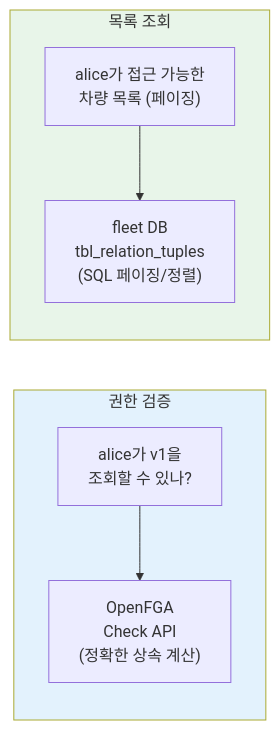
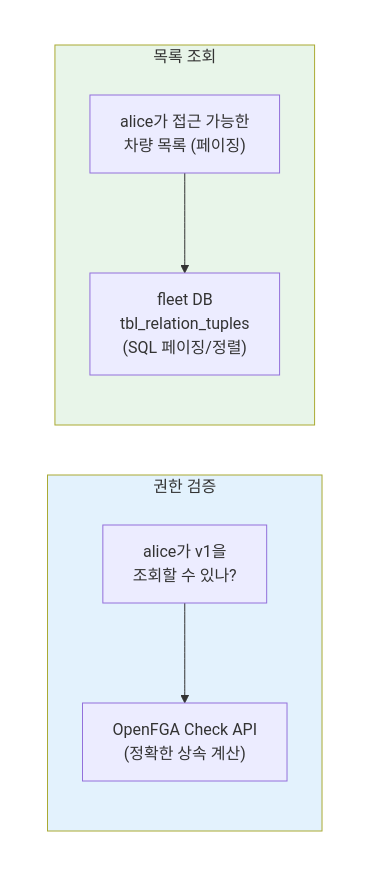
The third of 3 diagrams in content/posts/2025-02-10-rebac-group-pattern-real-world.md (Gyeom/dev-notes), drawn with Mermaid before and after one commit.

Commit message:
Fix: Dual Source 다이어그램 가로 배치로 변경
- 권한 검증/목록 조회 subgraph를 세로→가로로 변경
- nested subgraph + direction LR 사용
- 투명 wrapper로 시각적 그룹화

🤖 Generated with [Claude Code](https://claude.com/claude-code)

````diff
--- a/content/posts/2025-02-10-rebac-group-pattern-real-world.md
+++ b/content/posts/2025-02-10-rebac-group-pattern-real-world.md
@@ -317,15 +317,21 @@
 ```mermaid
-flowchart LR
-    subgraph Check ["권한 검증"]
-        Q1["alice가 v1을<br/>조회할 수 있나?"]
-        Q1 --> OpenFGA["OpenFGA<br/>Check API<br/>(정확한 상속 계산)"]
-    end
+flowchart TB
+    subgraph DualSource [" "]
+        direction LR
+        subgraph Check ["권한 검증"]
+            direction TB
+            Q1["alice가 v1을<br/>조회할 수 있나?"]
+            Q1 --> OpenFGA["OpenFGA Check API<br/>(정확한 상속 계산)"]
+        end
 
-    subgraph List ["목록 조회"]
-        Q2["alice가 접근 가능한<br/>차량 목록 (페이징)"]
-        Q2 --> DB["fleet DB<br/>tbl_relation_tuples<br/>(SQL 페이징/정렬)"]
+        subgraph List ["목록 조회"]
+            direction TB
+            Q2["alice가 접근 가능한<br/>차량 목록 (페이징)"]
+            Q2 --> DB["fleet DB<br/>tbl_relation_tuples<br/>(SQL 페이징/정렬)"]
+        end
     end
 
     style Check fill:#e3f2fd
     style List fill:#e8f5e9
+    style DualSource fill:transparent,stroke:transparent
 ```
````
